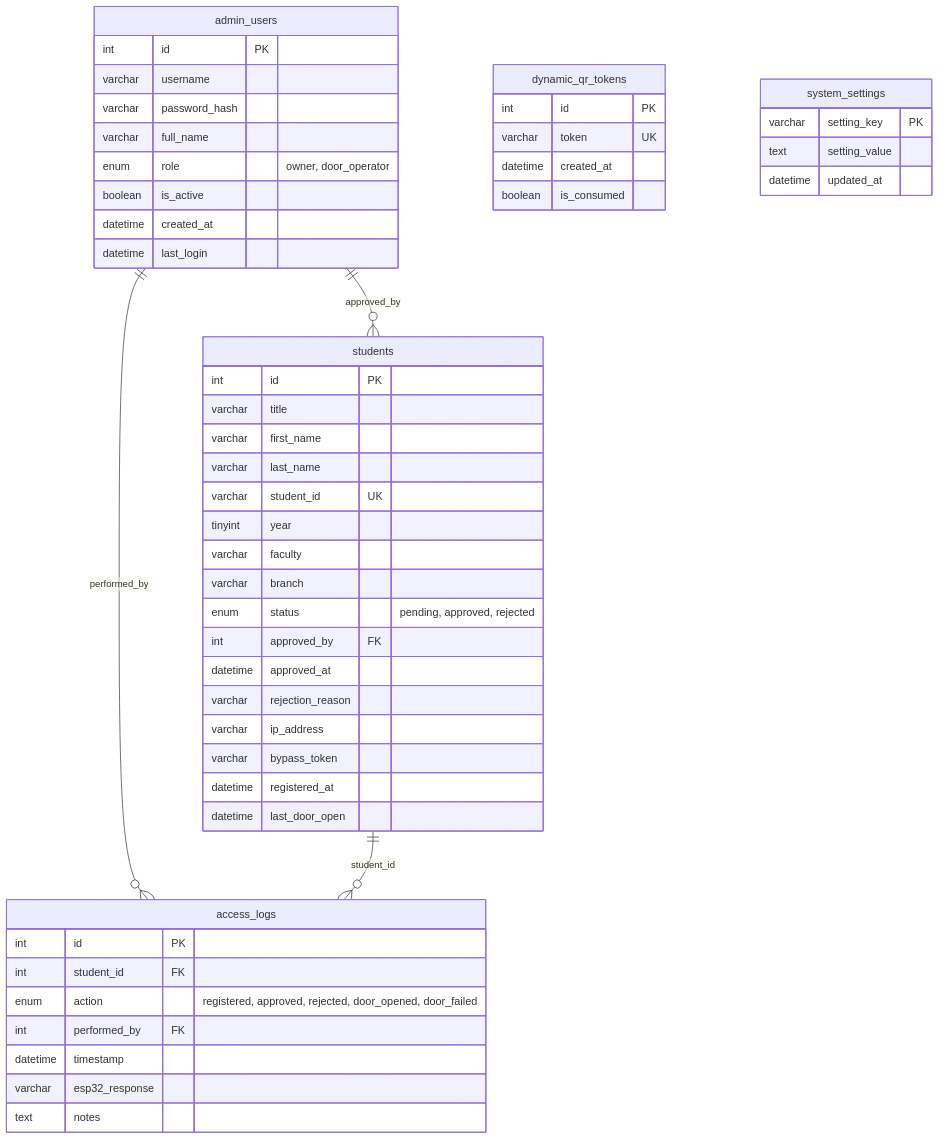
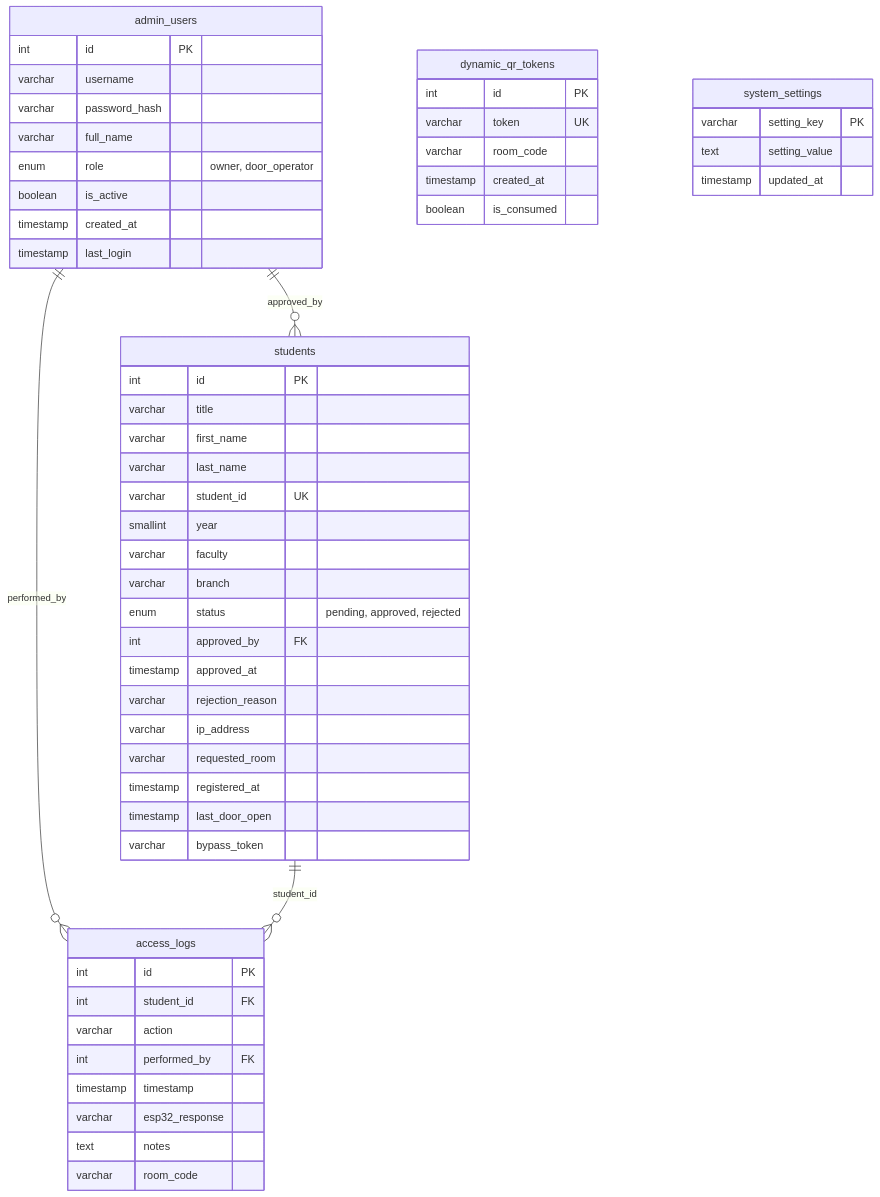
Before and after one commit to puripong1st/SmartAccess-Project: the second of 3 diagrams in chapter_3_methodology.md, drawn with Mermaid. The commit also changed other lines of this file and 2 other files, not shown here.

````diff
--- a/chapter_3_methodology.md
+++ b/chapter_3_methodology.md
@@ -66,59 +67,62 @@
 ```mermaid
 erDiagram
     admin_users ||--o{ students : "approved_by"
     admin_users ||--o{ access_logs : "performed_by"
     students ||--o{ access_logs : "student_id"
 
     admin_users {
         int id PK
         varchar username
         varchar password_hash
         varchar full_name
         enum role "owner, door_operator"
         boolean is_active
-        datetime created_at
-        datetime last_login
+        timestamp created_at
+        timestamp last_login
     }
 
     students {
         int id PK
         varchar title
         varchar first_name
         varchar last_name
         varchar student_id UK
-        tinyint year
+        smallint year
         varchar faculty
         varchar branch
         enum status "pending, approved, rejected"
         int approved_by FK
-        datetime approved_at
+        timestamp approved_at
         varchar rejection_reason
         varchar ip_address
+        varchar requested_room
+        timestamp registered_at
+        timestamp last_door_open
         varchar bypass_token
-        datetime registered_at
-        datetime last_door_open
     }
 
     access_logs {
         int id PK
         int student_id FK
-        enum action "registered, approved, rejected, door_opened, door_failed"
+        varchar action
         int performed_by FK
-        datetime timestamp
+        timestamp timestamp
         varchar esp32_response
         text notes
+        varchar room_code
     }
 
     dynamic_qr_tokens {
         int id PK
         varchar token UK
-        datetime created_at
+        varchar room_code
+        timestamp created_at
         boolean is_consumed
     }
 
     system_settings {
         varchar setting_key PK
         text setting_value
-        datetime updated_at
+        timestamp updated_at
     }
 ```
````
